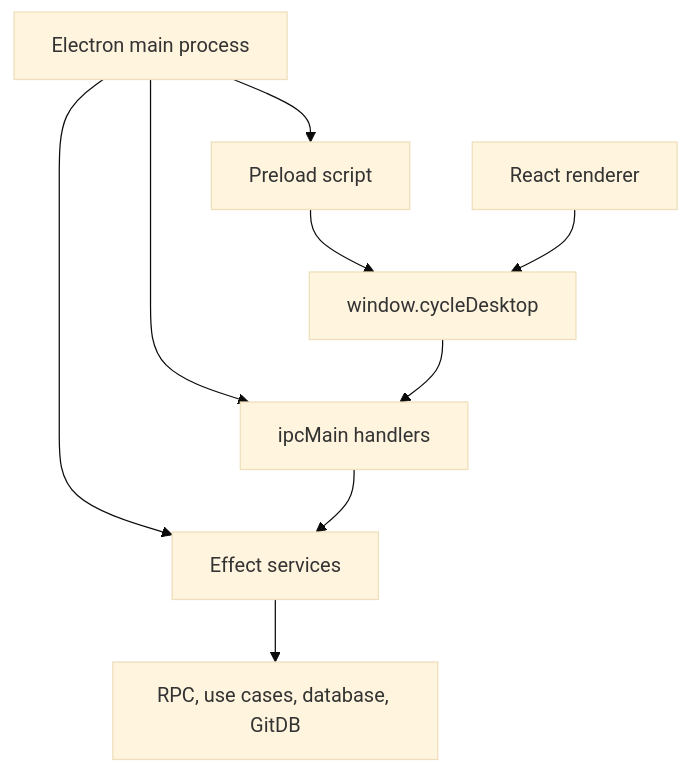
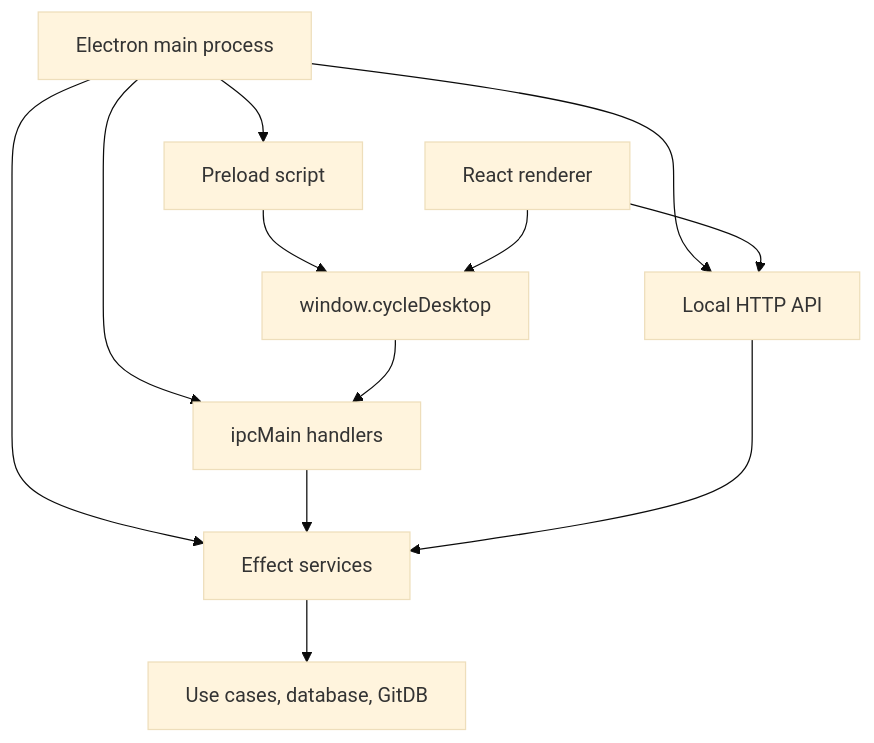
The first of 4 diagrams in packages/desktop/ARCHITECTURE.md (robertpitt/cycle), drawn with Mermaid (base theme) before and after one commit. The commit also changed other lines of this file and 53 other files, not shown here.

Commit message:
Removed RPC Package in favour of single shared API + MCP

````diff
--- a/packages/desktop/ARCHITECTURE.md
+++ b/packages/desktop/ARCHITECTURE.md
@@ -47,19 +47,23 @@
 ```mermaid
 flowchart TD
   Main["Electron main process"]
   Preload["Preload script"]
   Renderer["React renderer"]
   Bridge["window.cycleDesktop"]
+  Http["Local HTTP API"]
   Ipc["ipcMain handlers"]
   Services["Effect services"]
-  Domain["RPC, use cases, database, GitDB"]
+  Domain["Use cases, database, GitDB"]
 
   Main --> Services
+  Main --> Http
   Main --> Ipc
   Main --> Preload
   Preload --> Bridge
   Renderer --> Bridge
+  Renderer --> Http
   Bridge --> Ipc
   Ipc --> Services
+  Http --> Services
   Services --> Domain
 ```
````
